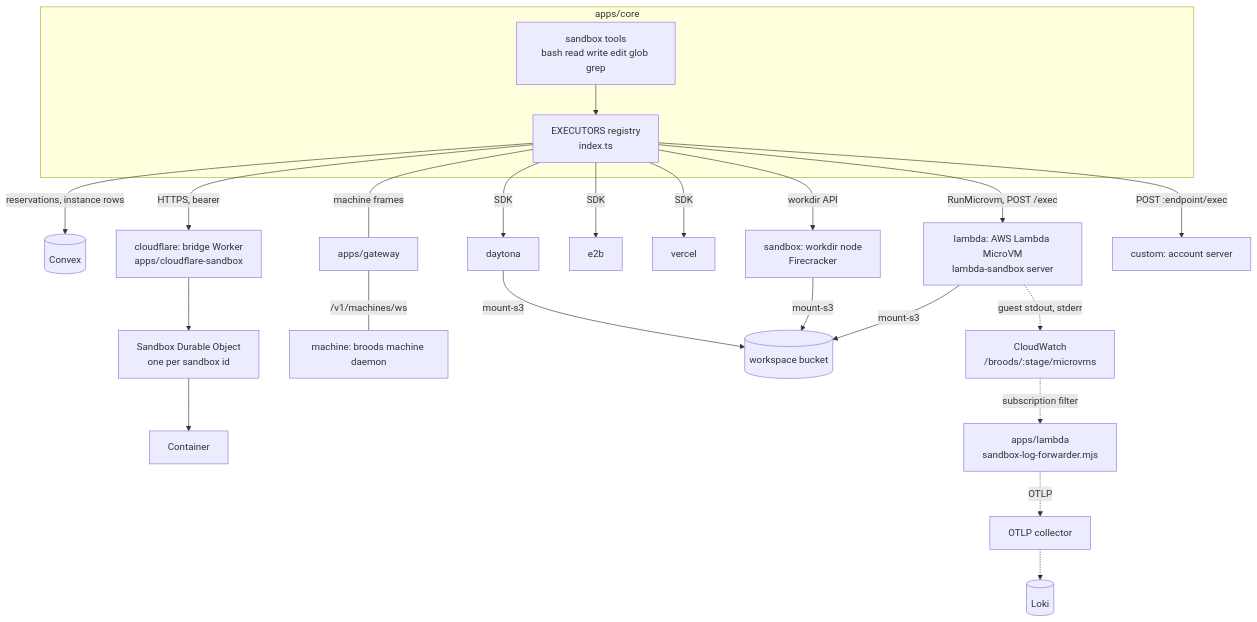
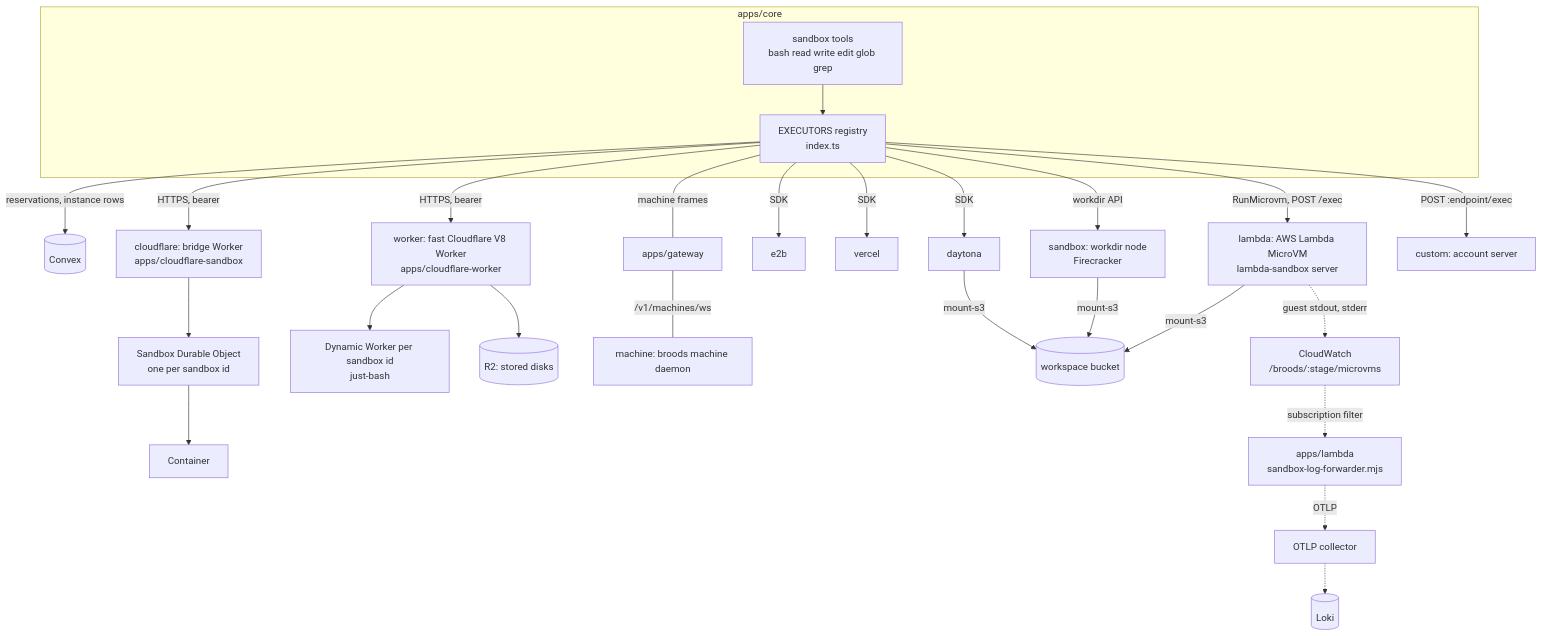
One commit to beeblastco/broods changed the first of 22 diagrams in apps/docs/docs/internals/sandboxes.md. Above: the diagram before and after it, drawn with Mermaid. The commit also changed other lines of this file and 22 other files, not shown here.

````diff
--- a/apps/docs/docs/internals/sandboxes.md
+++ b/apps/docs/docs/internals/sandboxes.md
@@ -9,26 +9,29 @@
 ```mermaid
 flowchart TB
   subgraph core["apps/core"]
     TOOLS["sandbox tools<br/>bash read write edit glob grep"] --> REG["EXECUTORS registry<br/>index.ts"]
   end
   REG -->|"reservations, instance rows"| CVX[("Convex")]
 
   REG -->|"RunMicrovm, POST /exec"| MVM["lambda: AWS Lambda MicroVM<br/>lambda-sandbox server"]
   REG -->|"workdir API"| WD["sandbox: workdir node<br/>Firecracker"]
   REG -->|"SDK"| DAY["daytona"]
   REG -->|"SDK"| E2B["e2b"]
   REG -->|"SDK"| VER["vercel"]
   REG -->|"HTTPS, bearer"| CFW["cloudflare: bridge Worker<br/>apps/cloudflare-sandbox"]
   CFW --> DO["Sandbox Durable Object<br/>one per sandbox id"] --> CT["Container"]
+  REG -->|"HTTPS, bearer"| WRK["worker: fast Cloudflare V8 Worker<br/>apps/cloudflare-worker"]
+  WRK --> DW["Dynamic Worker per sandbox id<br/>just-bash"]
+  WRK --> R2[("R2: stored disks")]
   REG ---|"machine frames"| GW["apps/gateway"]
   GW ---|"/v1/machines/ws"| DAEMON["machine: broods machine daemon"]
   REG -->|"POST :endpoint/exec"| CUSTOM["custom: account server"]
 
   MVM -->|"mount-s3"| S3[("workspace bucket")]
   WD -->|"mount-s3"| S3
   DAY -->|"mount-s3"| S3
 
   MVM -.->|"guest stdout, stderr"| CW["CloudWatch<br/>/broods/:stage/microvms"]
   CW -.->|"subscription filter"| FWD["apps/lambda<br/>sandbox-log-forwarder.mjs"]
   FWD -.->|"OTLP"| COL["OTLP collector"] -.-> LOKI[("Loki")]
 ```
````
